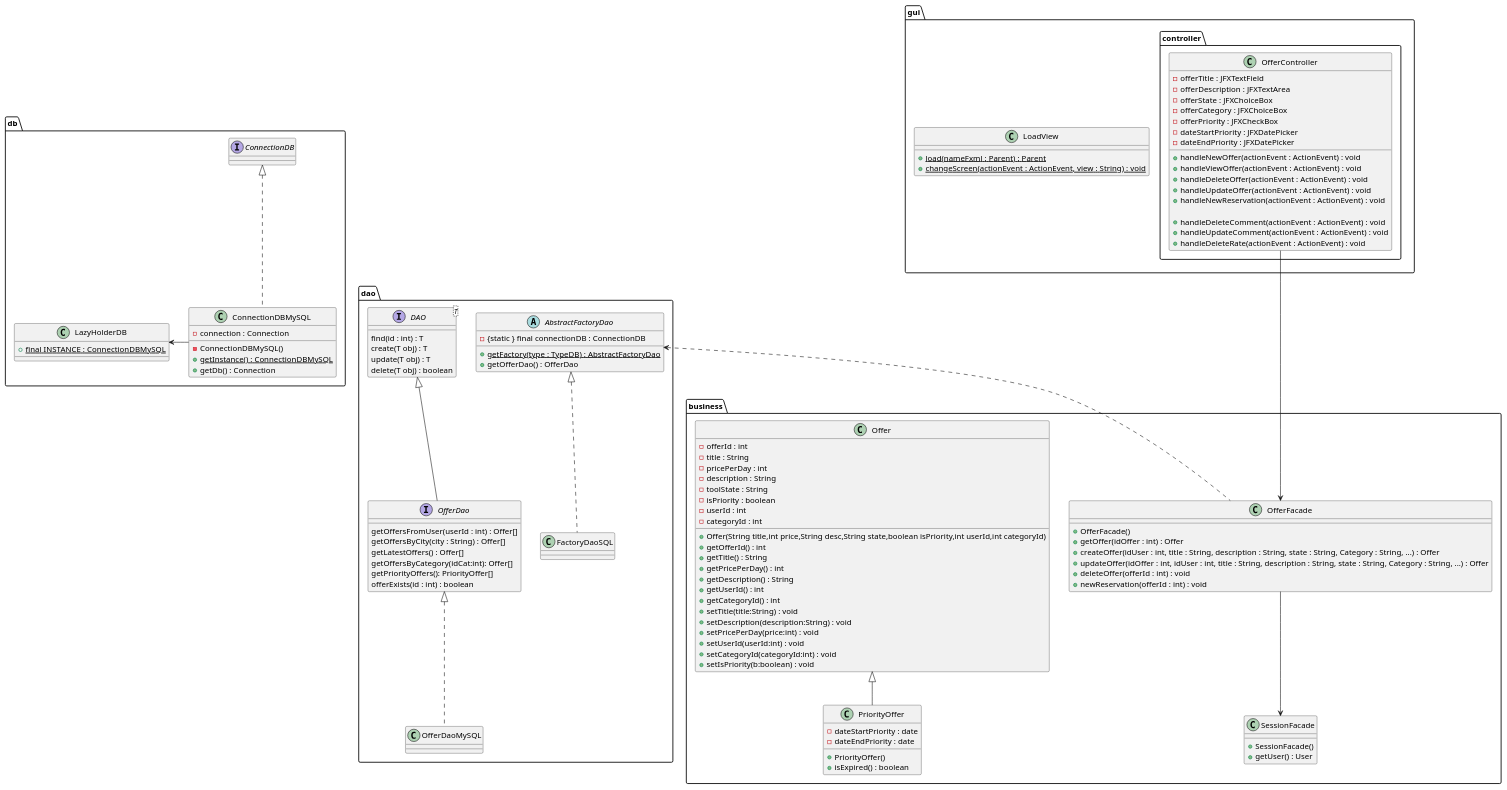
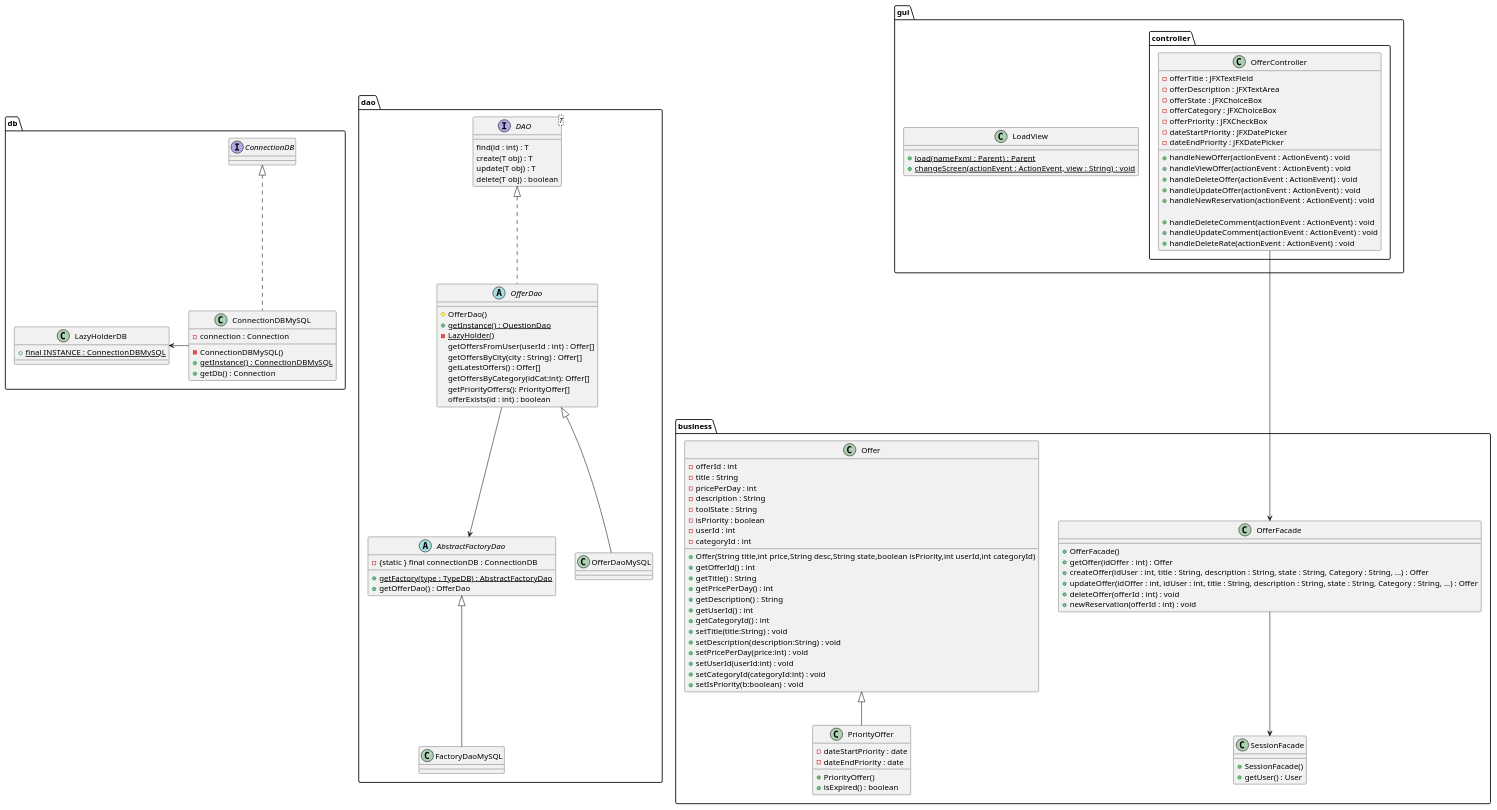
Before and after one commit to LaunoisRemy/ToolShare: the diagram in documents/diagram/offer/offerClass.puml, drawn with PlantUML. The commit also changed 2 other files, not shown here.

Commit message:
UPDATE OFFER Diagrams to match the Singleton

```diff
--- a/documents/diagram/offer/offerClass.puml
+++ b/documents/diagram/offer/offerClass.puml
@@ -1,140 +1,143 @@
 @startuml
 
 package dao {
 
 
-    interface OfferDao{
+    abstract OfferDao{
+        # OfferDao()
+        + {static} getInstance() : QuestionDao
+        - {static} LazyHolder()
         getOffersFromUser(userId : int) : Offer[]
         getOffersByCity(city : String) : Offer[]
         getLatestOffers() : Offer[]
         getOffersByCategory(idCat:int): Offer[]
         getPriorityOffers(): PriorityOffer[]
         offerExists(id : int) : boolean
     }
     class OfferDaoMySQL
-    FactoryDaoSQL .up.|> AbstractFactoryDao
-    OfferDaoMySQL .up.|> OfferDao
+    FactoryDaoMySQL -up-|> AbstractFactoryDao
+    OfferDaoMySQL -up-|> OfferDao
 
 
     interface DAO<T>{
         find(id : int) : T
         create(T obj) : T
         update(T obj) : T
         delete(T obj) : boolean
     }
 
     abstract AbstractFactoryDao{
         - {static } final connectionDB : ConnectionDB
         + {static} getFactory(type : TypeDB) : AbstractFactoryDao
         + getOfferDao() : OfferDao
     }
 
-    class FactoryDaoSQL{
+    class FactoryDaoMySQL{
     }
 
 
-    DAO <|-- OfferDao
+    DAO <|.. OfferDao
+    OfferDao-->AbstractFactoryDao
 }
 package db{
     class ConnectionDBMySQL{
         - connection : Connection
         - ConnectionDBMySQL()
         + {static} getInstance() : ConnectionDBMySQL
         + getDb() : Connection
     }
 
     class LazyHolderDB{
         + {static} final INSTANCE : ConnectionDBMySQL
     }
     interface ConnectionDB
     ConnectionDBMySQL -Left-> LazyHolderDB
     ConnectionDBMySQL .up.|> ConnectionDB
 
 }
 package business{
     class SessionFacade{
         + SessionFacade()
         + getUser() : User
     }
 
     class Offer{
         -offerId : int
         -title : String
         -pricePerDay : int
         -description : String
         -toolState : String
         -isPriority : boolean
         -userId : int
         -categoryId : int
         + Offer(String title,int price,String desc,String state,boolean isPriority,int userId,int categoryId)
         + getOfferId() : int
         + getTitle() : String
         + getPricePerDay() : int
         + getDescription() : String
         + getUserId() : int
         + getCategoryId() : int
         + setTitle(title:String) : void
         + setDescription(description:String) : void
         + setPricePerDay(price:int) : void
         + setUserId(userId:int) : void
         + setCategoryId(categoryId:int) : void
         + setIsPriority(b:boolean) : void
     }
 
     class PriorityOffer{
         -dateStartPriority : date
         -dateEndPriority : date
         +PriorityOffer()
         +isExpired() : boolean
     }
     class OfferFacade{
         + OfferFacade()
         + getOffer(idOffer : int) : Offer
         + createOffer(idUser : int, title : String, description : String, state : String, Category : String, ...) : Offer
         + updateOffer(idOffer : int, idUser : int, title : String, description : String, state : String, Category : String, ...) : Offer
         + deleteOffer(offerId : int) : void
         + newReservation(offerId : int) : void
     }
 
         Offer <|-- PriorityOffer
 
 
 }
 
 package gui{
 
     class LoadView{
         + {static} load(nameFxml : Parent) : Parent
         + {static} changeScreen(actionEvent : ActionEvent, view : String) : void
     }
 
     package controller{
         class OfferController{
             -offerTitle : JFXTextField
             -offerDescription : JFXTextArea
             -offerState : JFXChoiceBox
             -offerCategory : JFXChoiceBox
             -offerPriority : JFXCheckBox
             -dateStartPriority : JFXDatePicker
             -dateEndPriority : JFXDatePicker
             + handleNewOffer(actionEvent : ActionEvent) : void
             + handleViewOffer(actionEvent : ActionEvent) : void
             + handleDeleteOffer(actionEvent : ActionEvent) : void
             + handleUpdateOffer(actionEvent : ActionEvent) : void
             + handleNewReservation(actionEvent : ActionEvent) : void
 
             + handleDeleteComment(actionEvent : ActionEvent) : void
             + handleUpdateComment(actionEvent : ActionEvent) : void
             + handleDeleteRate(actionEvent : ActionEvent) : void
 
         }
 
     }
 }
 OfferFacade <--Up- OfferController
 SessionFacade <-Up- OfferFacade
-OfferFacade .Up.> AbstractFactoryDao
 
 
 
 @enduml
```
